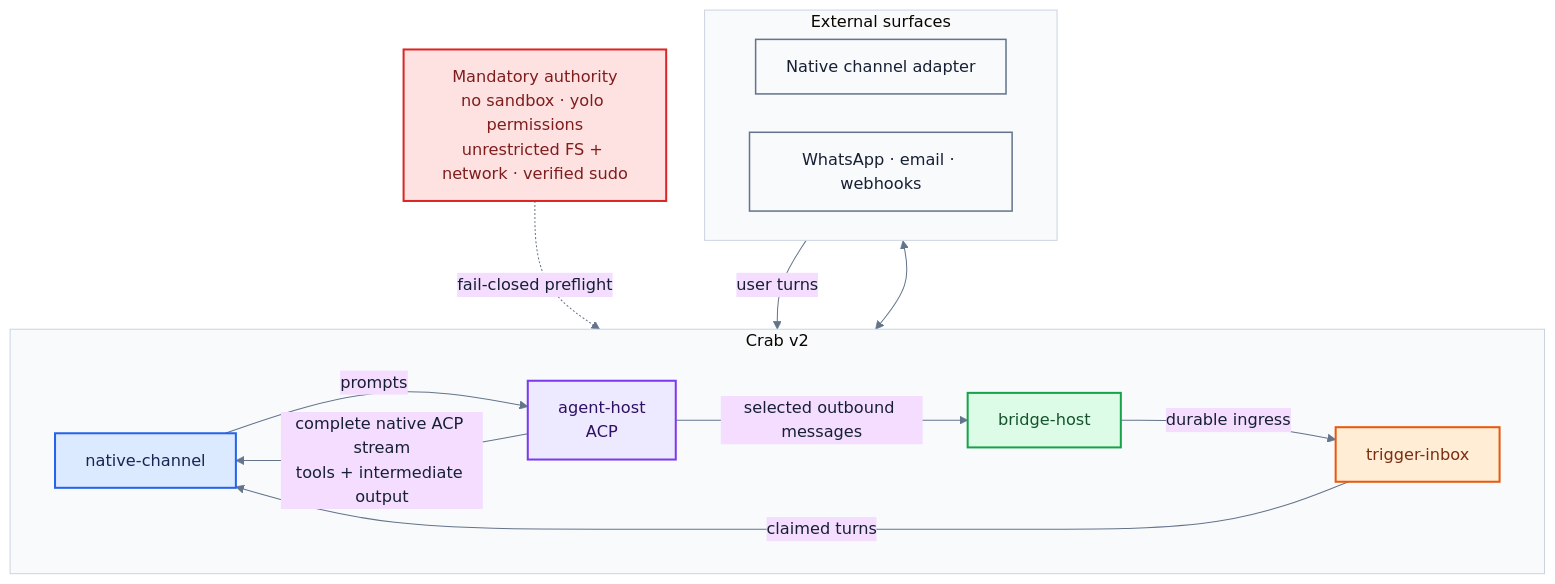
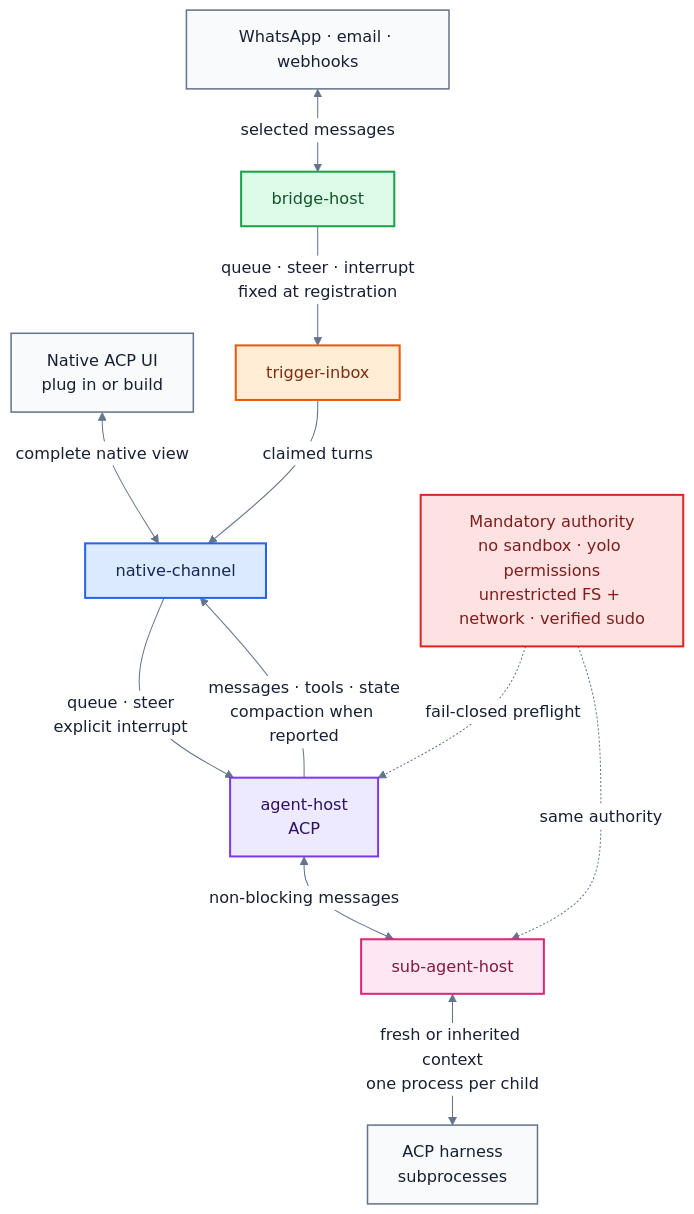
One commit to fontanierh/crab changed the diagram in v2/docs/crab-v2-architecture.mmd. Above: the diagram before and after it, drawn with Mermaid. The commit also changed 35 other files, not shown here.

Commit message:
Define ACP steering and sub-agent contracts

```diff
--- a/v2/docs/crab-v2-architecture.mmd
+++ b/v2/docs/crab-v2-architecture.mmd
@@ -1,42 +1,42 @@
-%%{init: {"theme": "base", "themeVariables": {"fontFamily": "ui-sans-serif, system-ui, sans-serif", "primaryTextColor": "#172033", "lineColor": "#64748b", "clusterBkg": "#f8fafc", "clusterBorder": "#cbd5e1"}, "flowchart": {"curve": "basis", "nodeSpacing": 38, "rankSpacing": 64}}}%%
+%%{init: {"theme": "base", "themeVariables": {"fontFamily": "ui-sans-serif, system-ui, sans-serif", "primaryTextColor": "#172033", "lineColor": "#64748b", "clusterBkg": "#f8fafc", "clusterBorder": "#cbd5e1", "edgeLabelBackground": "#ffffff"}, "flowchart": {"curve": "basis", "nodeSpacing": 42, "rankSpacing": 58}}}%%
 flowchart TB
-    subgraph SURFACES["External surfaces"]
-        direction LR
-        UI["Native channel adapter"]
-        EXTERNAL["WhatsApp · email · webhooks"]
-    end
+    UI["Native ACP UI<br/>plug in or build"]
+    EXTERNAL["WhatsApp · email · webhooks"]
 
-    subgraph CRAB["Crab v2"]
-        direction LR
-        CHANNEL["native-channel"]
-        AGENT["agent-host<br/>ACP"]
-        BRIDGE["bridge-host"]
-        TRIGGER["trigger-inbox"]
-    end
+    BRIDGE["bridge-host"]
+    TRIGGER["trigger-inbox"]
+    CHANNEL["native-channel"]
+    AGENT["agent-host<br/>ACP"]
+    SUBAGENT["sub-agent-host"]
 
+    CHILDREN["ACP harness<br/>subprocesses"]
     AUTH["Mandatory authority<br/>no sandbox · yolo permissions<br/>unrestricted FS + network · verified sudo"]
 
-    UI -->|"user turns"| CHANNEL
-    CHANNEL -->|"prompts"| AGENT
-    AGENT -->|"complete native ACP stream<br/>tools + intermediate output"| CHANNEL
+    UI <-->|"complete native view"| CHANNEL
+    CHANNEL -->|"queue · steer<br/>explicit interrupt"| AGENT
+    AGENT -->|"messages · tools · state<br/>compaction when reported"| CHANNEL
 
-    EXTERNAL <--> BRIDGE
-    BRIDGE -->|"durable ingress"| TRIGGER
+    AGENT <-->|"non-blocking messages"| SUBAGENT
+    SUBAGENT <-->|"fresh or inherited context<br/>one process per child"| CHILDREN
+
+    EXTERNAL <-->|"selected messages"| BRIDGE
+    BRIDGE -->|"queue · steer · interrupt<br/>fixed at registration"| TRIGGER
     TRIGGER -->|"claimed turns"| CHANNEL
-    AGENT -->|"selected outbound messages"| BRIDGE
-
     AUTH -. "fail-closed preflight" .-> AGENT
+    AUTH -. "same authority" .-> SUBAGENT
 
     classDef agent fill:#ede9fe,stroke:#7c3aed,stroke-width:2px,color:#2e1065;
     classDef channel fill:#dbeafe,stroke:#2563eb,stroke-width:2px,color:#172554;
     classDef bridge fill:#dcfce7,stroke:#16a34a,stroke-width:2px,color:#14532d;
     classDef trigger fill:#ffedd5,stroke:#ea580c,stroke-width:2px,color:#7c2d12;
+    classDef subagent fill:#fce7f3,stroke:#db2777,stroke-width:2px,color:#831843;
     classDef external fill:#f8fafc,stroke:#64748b,stroke-width:1.5px,color:#172033;
     classDef authority fill:#fee2e2,stroke:#dc2626,stroke-width:2px,color:#7f1d1d;
 
     class AGENT agent;
+    class SUBAGENT subagent;
     class CHANNEL channel;
     class BRIDGE bridge;
     class TRIGGER trigger;
-    class UI,EXTERNAL external;
+    class UI,EXTERNAL,CHILDREN external;
     class AUTH authority;
```
